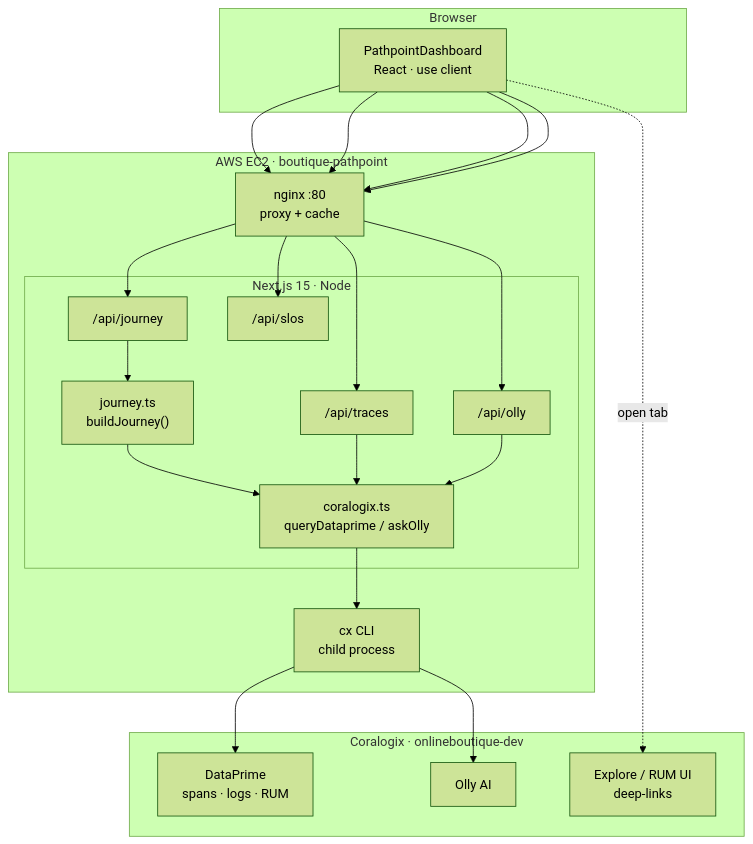
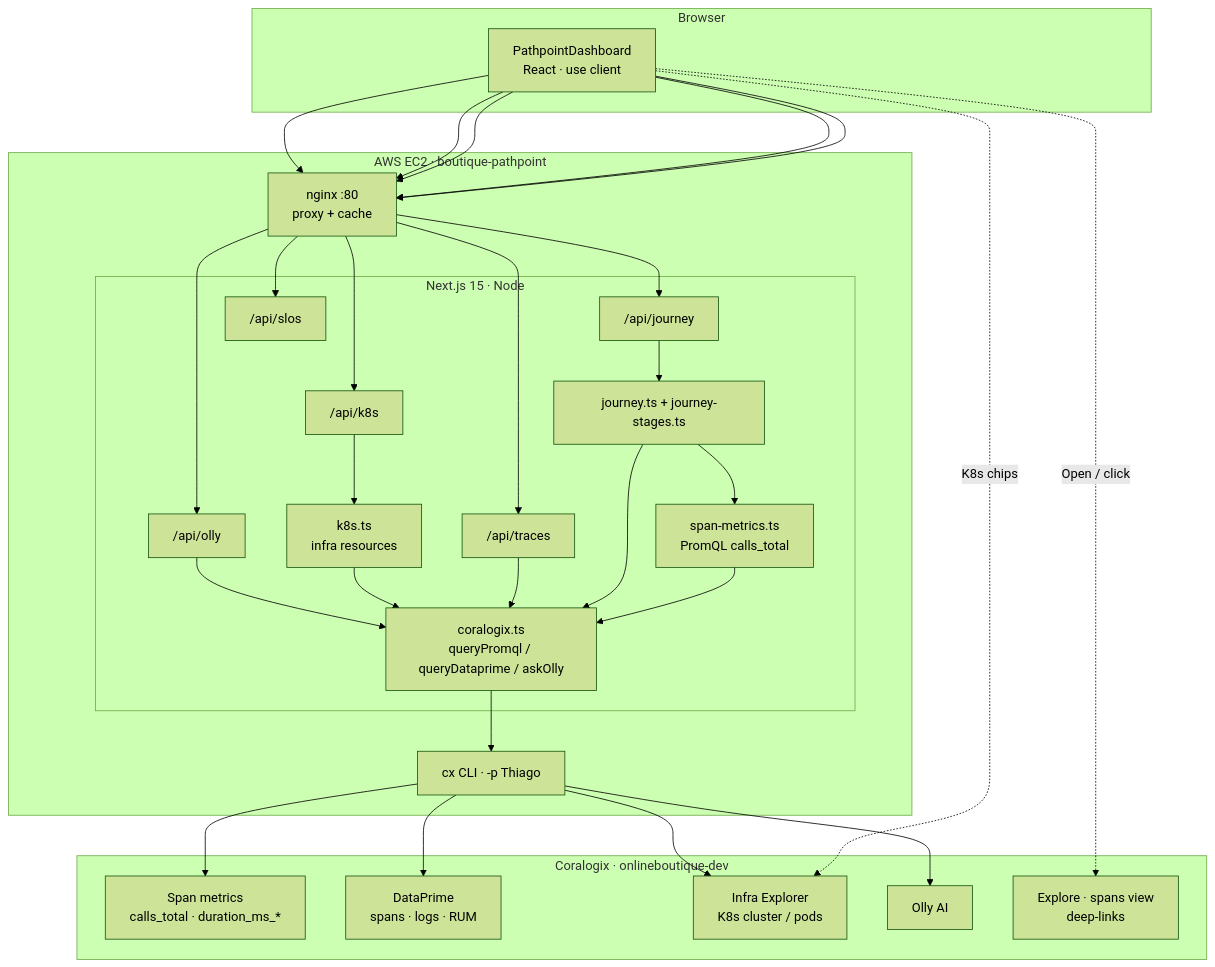
The first of 5 diagrams in ARCHITECTURE.md (tpasin/pathpoint-boutique), drawn with Mermaid (forest theme) before and after one commit. The commit also changed other lines of this file and 12 other files, not shown here.

First line of the commit message:
Drive Pathpoint lights from span metrics and document the architecture.

````diff
--- a/ARCHITECTURE.md
+++ b/ARCHITECTURE.md
@@ -37,38 +39,49 @@
 ```mermaid
 flowchart TB
     subgraph Browser["Browser"]
         UI["PathpointDashboard\nReact · use client"]
     end
 
     subgraph AWS["AWS EC2 · boutique-pathpoint"]
         NGINX["nginx :80\nproxy + cache"]
         subgraph Next["Next.js 15 · Node"]
             JourneyAPI["/api/journey"]
             TracesAPI["/api/traces"]
+            K8sAPI["/api/k8s"]
             OllyAPI["/api/olly"]
             SlosAPI["/api/slos"]
-            Journey["journey.ts\nbuildJourney()"]
-            CxLib["coralogix.ts\nqueryDataprime / askOlly"]
+            Journey["journey.ts + journey-stages.ts"]
+            SpanMet["span-metrics.ts\nPromQL calls_total"]
+            K8sLib["k8s.ts\ninfra resources"]
+            CxLib["coralogix.ts\nqueryPromql / queryDataprime / askOlly"]
         end
-        CxCli["cx CLI\nchild process"]
+        CxCli["cx CLI · -p Thiago"]
     end
 
     subgraph CX["Coralogix · onlineboutique-dev"]
+        Metrics["Span metrics\ncalls_total · duration_ms_*"]
         DP["DataPrime\nspans · logs · RUM"]
+        Infra["Infra Explorer\nK8s cluster / pods"]
         Olly["Olly AI"]
-        Explore["Explore / RUM UI\ndeep-links"]
+        Explore["Explore · spans view\ndeep-links"]
     end
 
     UI --> NGINX --> JourneyAPI
     UI --> NGINX --> TracesAPI
+    UI --> NGINX --> K8sAPI
     UI --> NGINX --> OllyAPI
     UI --> NGINX --> SlosAPI
-    UI -. "open tab" .-> Explore
+    UI -. "Open / click" .-> Explore
+    UI -. "K8s chips" .-> Infra
 
-    JourneyAPI --> Journey --> CxLib
+    JourneyAPI --> Journey --> SpanMet --> CxLib
+    Journey --> CxLib
     TracesAPI --> CxLib
+    K8sAPI --> K8sLib --> CxLib
     OllyAPI --> CxLib
     CxLib --> CxCli
+    CxCli --> Metrics
     CxCli --> DP
+    CxCli --> Infra
     CxCli --> Olly
 ```
````
